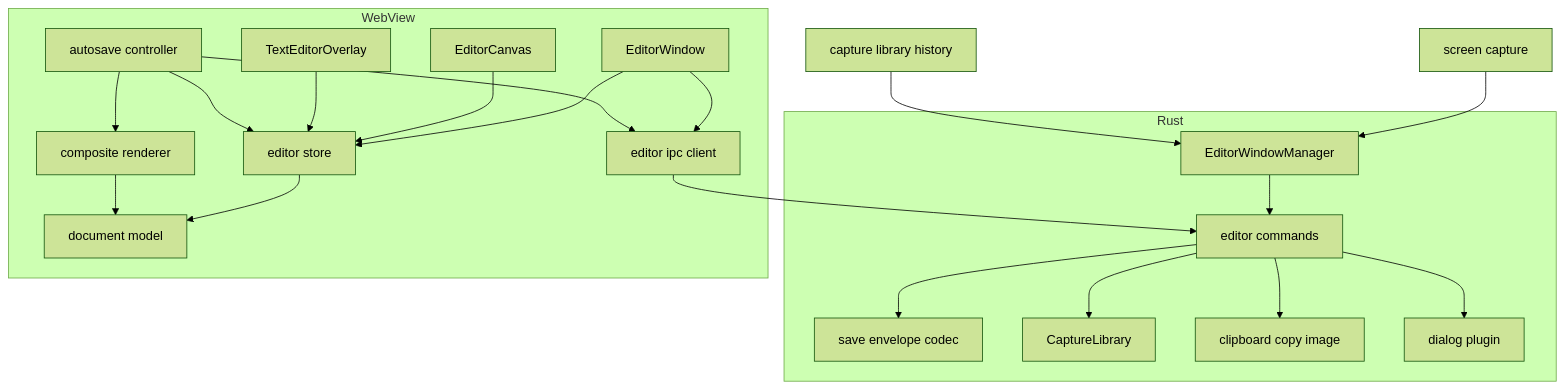
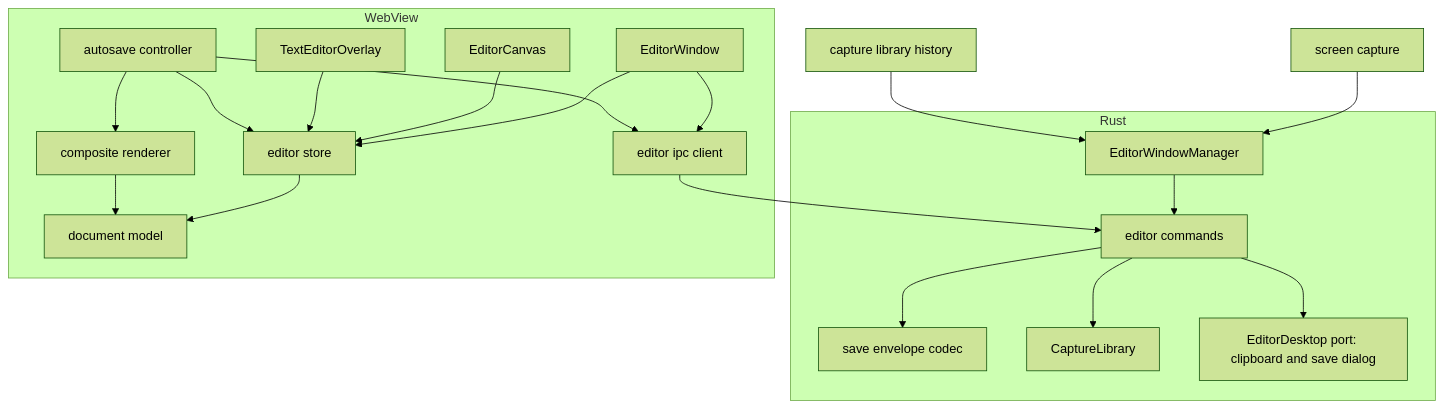
One commit to cashmere53/Snipt changed the first of 3 diagrams in .kiro/specs/annotation-editor/design.md. Above: the diagram before and after it, drawn with Mermaid (forest theme). The commit also changed other lines of this file, not shown here.

First line of the commit message:
docs(annotation-editor): design.md を実装に合わせる

````diff
--- a/.kiro/specs/annotation-editor/design.md
+++ b/.kiro/specs/annotation-editor/design.md
@@ -52,38 +52,36 @@
 ```mermaid
 graph TB
     subgraph Rust
         Launcher[EditorWindowManager]
         Commands[editor commands]
         Codec[save envelope codec]
         Library[CaptureLibrary]
-        Clipboard[clipboard copy image]
-        Dialog[dialog plugin]
+        Desktop[EditorDesktop port: clipboard and save dialog]
     end
     subgraph WebView
         App[EditorWindow]
         Store[editor store]
         Model[document model]
         Canvas[EditorCanvas]
         Overlay[TextEditorOverlay]
         Renderer[composite renderer]
         Autosave[autosave controller]
         Ipc[editor ipc client]
     end
     ScreenCapture[screen capture] --> Launcher
     History[capture library history] --> Launcher
     Launcher --> Commands
     Commands --> Codec
     Commands --> Library
-    Commands --> Clipboard
-    Commands --> Dialog
+    Commands --> Desktop
     App --> Store
     Store --> Model
     Canvas --> Store
     Overlay --> Store
     Autosave --> Store
     Autosave --> Renderer
     Renderer --> Model
     App --> Ipc
     Autosave --> Ipc
     Ipc --> Commands
 ```
````
